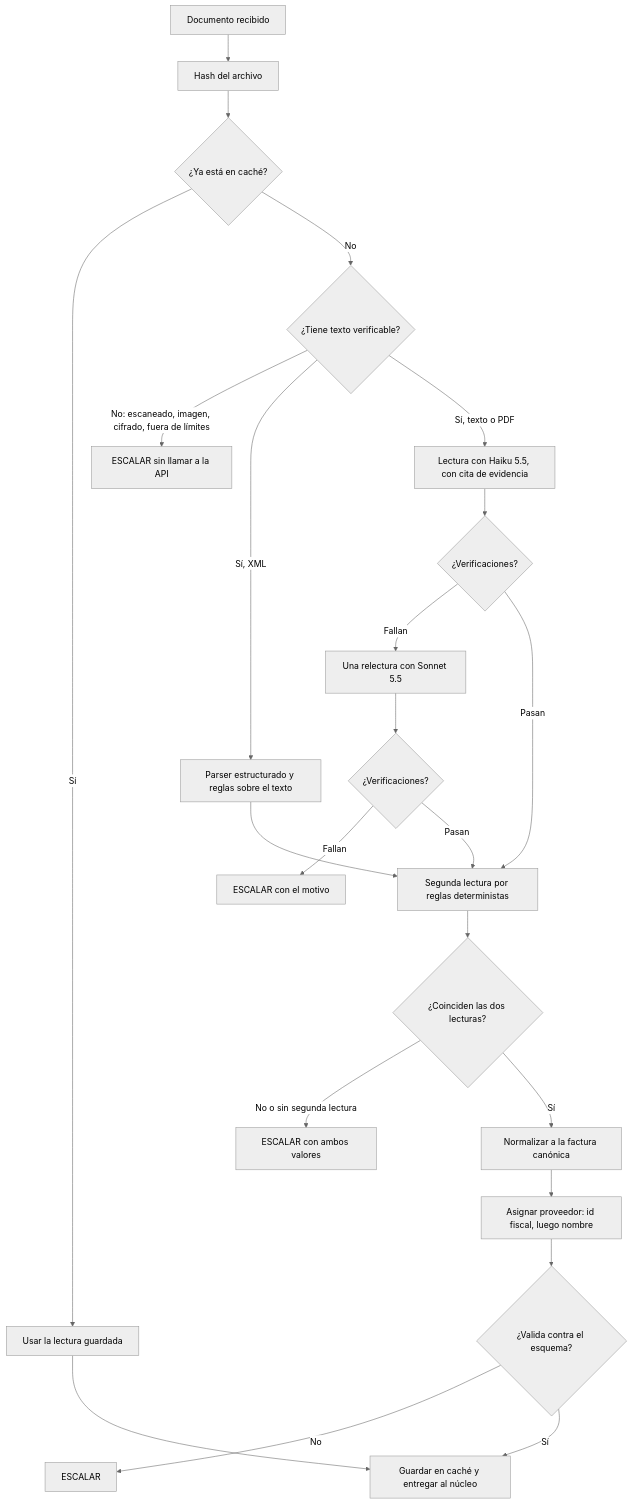
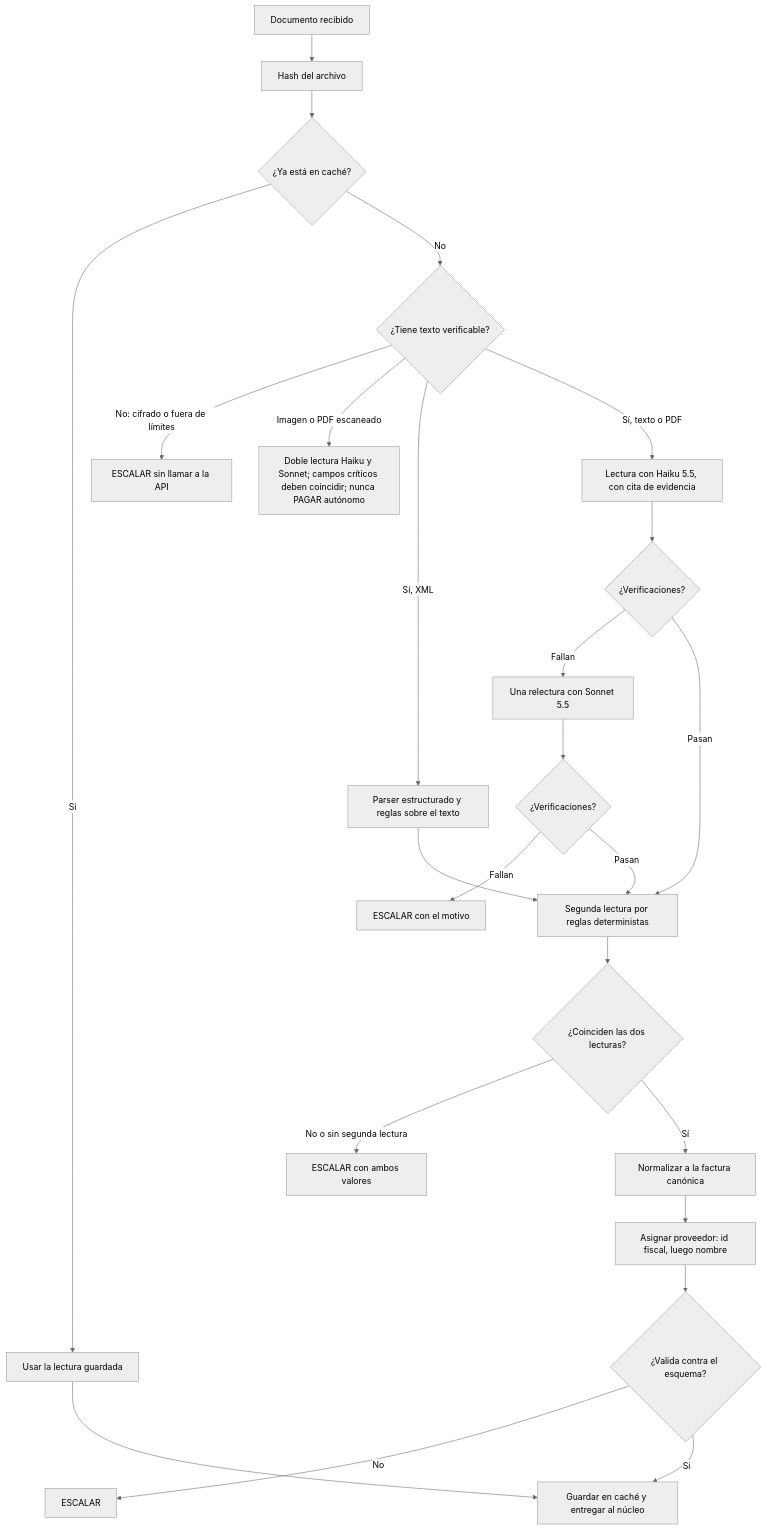
The diagram in aidlc-docs/construction/lectura/functional-design/business-logic-model.md (maocaja/agente-pagos-blinka), drawn with Mermaid (neutral theme) before and after one commit. The commit also changed 3 other files, not shown here.

Commit message:
Alcance multicanal: PDF, escaneado, foto, correo y chat simulados; imagen sin PAGAR autonomo

````diff
--- a/aidlc-docs/construction/lectura/functional-design/business-logic-model.md
+++ b/aidlc-docs/construction/lectura/functional-design/business-logic-model.md
@@ -4,25 +4,26 @@
 ```mermaid
 flowchart TD
   A[Documento recibido] --> B[Hash del archivo]
   B --> C{¿Ya está en caché?}
   C -->|Sí| Z[Usar la lectura guardada]
   C -->|No| D{¿Tiene texto verificable?}
-  D -->|No: escaneado, imagen, cifrado, fuera de límites| E1[ESCALAR sin llamar a la API]
+  D -->|No: cifrado o fuera de límites| E1[ESCALAR sin llamar a la API]
+  D -->|Imagen o PDF escaneado| I[Doble lectura Haiku y Sonnet; campos críticos deben coincidir; nunca PAGAR autónomo]
   D -->|Sí, XML| X[Parser estructurado y reglas sobre el texto]
   D -->|Sí, texto o PDF| H[Lectura con Haiku 5.5, con cita de evidencia]
   H --> V{¿Verificaciones?}
   V -->|Fallan| S[Una relectura con Sonnet 5.5]
   S --> V2{¿Verificaciones?}
   V2 -->|Fallan| E2[ESCALAR con el motivo]
   V -->|Pasan| R2
   V2 -->|Pasan| R2
   X --> R2[Segunda lectura por reglas deterministas]
   R2 --> K{¿Coinciden las dos lecturas?}
   K -->|No o sin segunda lectura| E3[ESCALAR con ambos valores]
   K -->|Sí| N[Normalizar a la factura canónica]
   N --> P[Asignar proveedor: id fiscal, luego nombre]
   P --> Q{¿Valida contra el esquema?}
   Q -->|No| E4[ESCALAR]
   Q -->|Sí| G[Guardar en caché y entregar al núcleo]
   Z --> G
 ```
````
